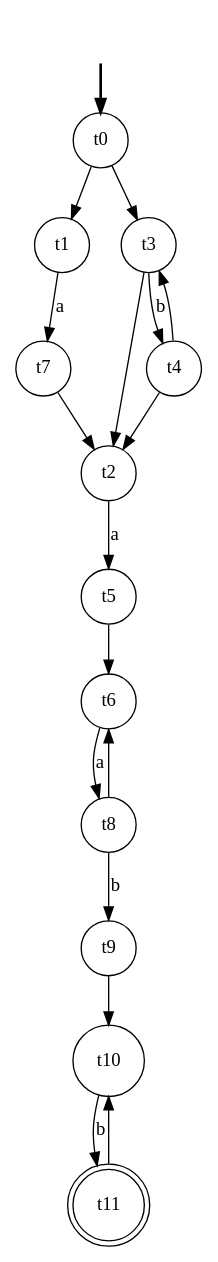
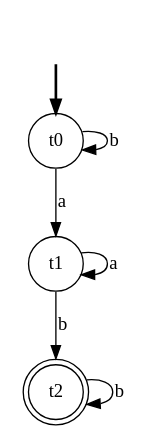
One commit to Raytr0/se3310assign2 changed the diagram in a2_q3.dot. Above: the diagram before and after it, drawn with Graphviz. The commit also changed 1 other file, not shown here.

```diff
--- a/a2_q3.dot
+++ b/a2_q3.dot
@@ -1,24 +1,13 @@
-digraph NFA {
+digraph {
     fake [style = invisible]
     t0 [root = true, shape = circle]
     fake -> t0 [style = bold]
+    t2 [shape=doublecircle]
+    node [shape = circle];
 
-    t11 [shape=doublecircle]
-    node [shape = circle];
-    t0 -> t1;
-    t1 -> t7 [label = "a"];
-    t7 -> t2 [label = ""];
-    t0 -> t3;
-    t3 -> t4 [label = "b"];
-    t4 -> t3 [label = ""];
-    t4 -> t2 [label = ""];
-    t3 -> t2 [label = ""];
-    t2 -> t5 [label = "a"];
-    t5 -> t6 [label = ""];
-    t6 -> t8 [label = "a"];
-    t8 -> t6 [label = ""];
-    t8 -> t9 [label = "b"];
-    t9 -> t10 [label = ""];
-    t10 -> t11 [label = "b"];
-    t11 -> t10 [label = ""];
+    t0 -> t1 [label="a"];
+    t0 -> t0 [label="b"];
+    t1 -> t1 [label="a"];
+    t1 -> t2 [label="b"];
+    t2 -> t2 [label="b"];
 }
```
